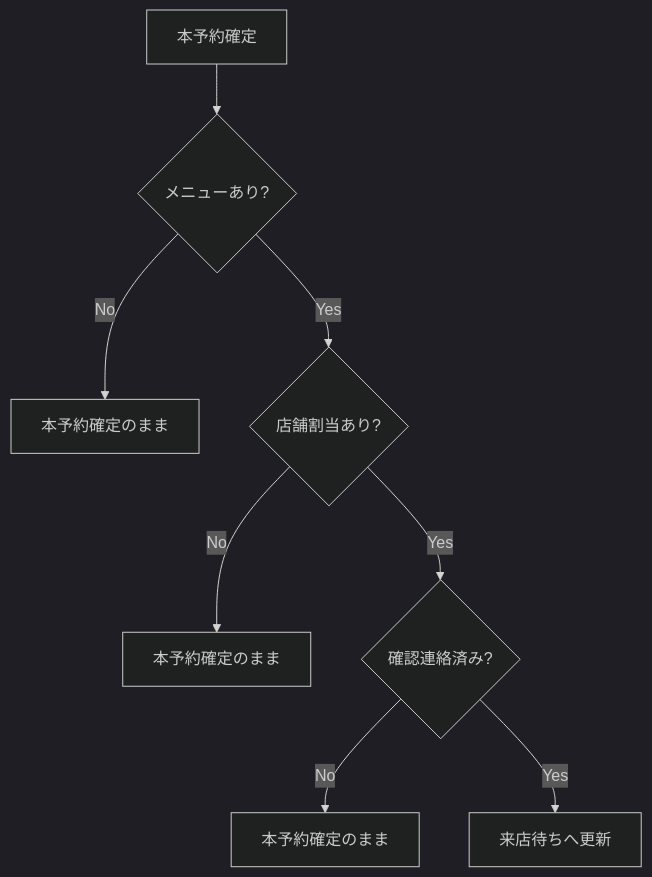
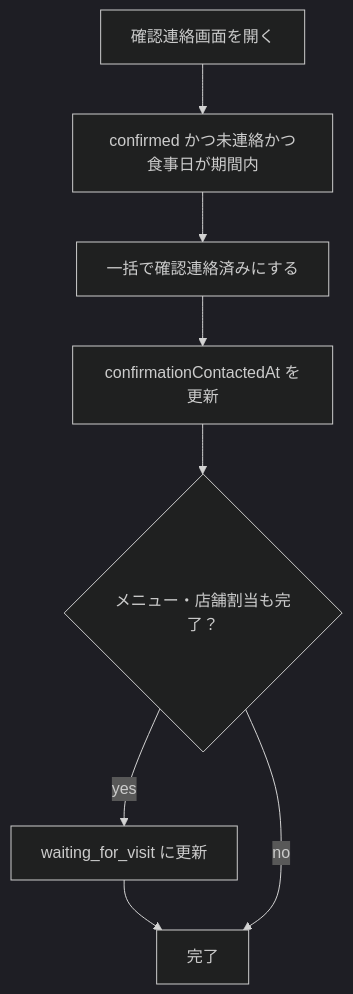
One commit to MichitaroNoge/reservation-system changed the second of 2 diagrams in docs/06-business-flow.md. Above: the diagram before and after it, drawn with Mermaid (dark theme). The commit also changed other lines of this file and 42 other files, not shown here.

````diff
--- a/docs/06-business-flow.md
+++ b/docs/06-business-flow.md
@@ -108,10 +94,14 @@
 ```mermaid
 flowchart TD
-  A["本予約確定"] --> B{"メニューあり?"}
-  B -- No --> Wait1["本予約確定のまま"]
-  B -- Yes --> C{"店舗割当あり?"}
-  C -- No --> Wait2["本予約確定のまま"]
-  C -- Yes --> D{"確認連絡済み?"}
-  D -- No --> Wait3["本予約確定のまま"]
-  D -- Yes --> E["来店待ちへ更新"]
+  Start["確認連絡画面を開く"]
+  Filter["confirmed かつ未連絡かつ食事日が期間内"]
+  Bulk["一括で確認連絡済みにする"]
+  Update["confirmationContactedAt を更新"]
+  Ready{"メニュー・店舗割当も完了？"}
+  Visit["waiting_for_visit に更新"]
+  End["完了"]
+
+  Start --> Filter --> Bulk --> Update --> Ready
+  Ready -- yes --> Visit --> End
+  Ready -- no --> End
 ```
````
